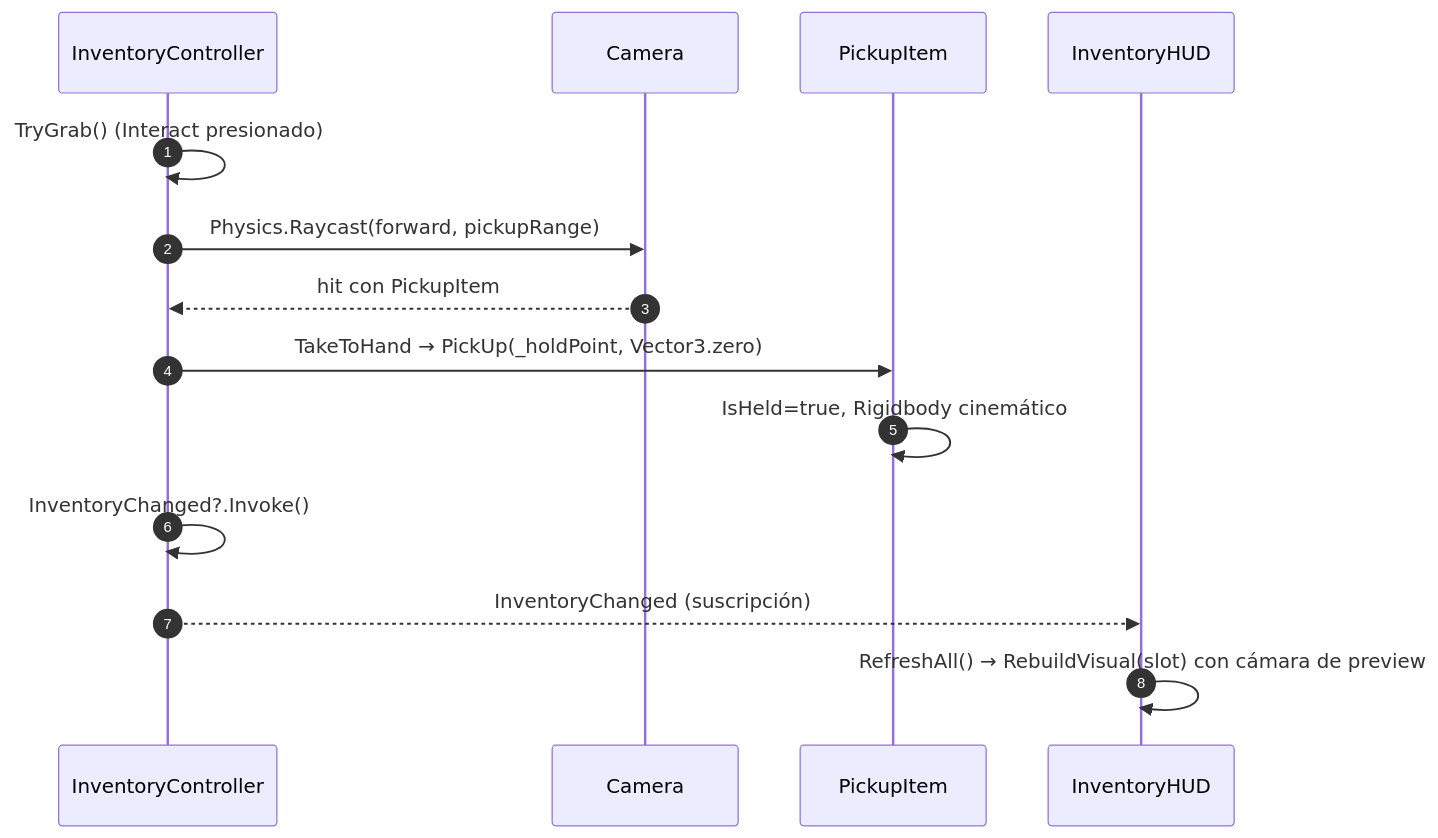
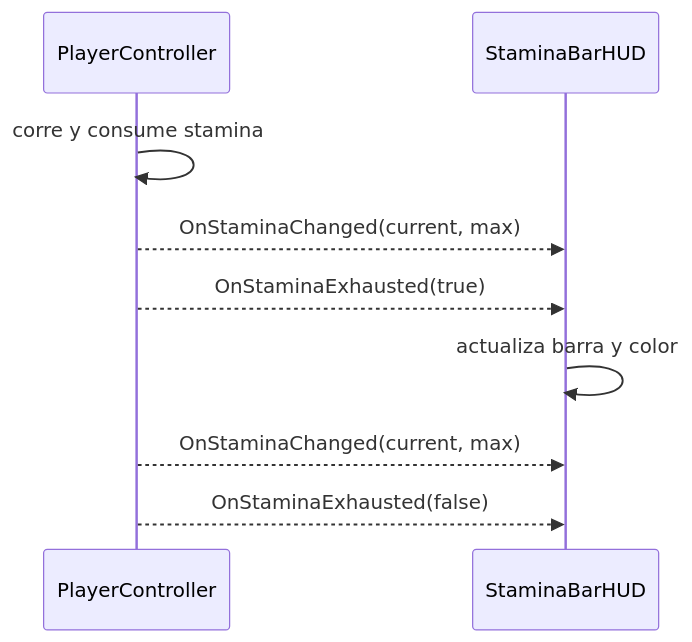
The fifth of 5 diagrams in Docs/UML_PrisaControlada.md (zarigueyastrimer-art/PrisaControlada), drawn with Mermaid before and after one commit. The commit also changed other lines of this file and 240 other files, not shown here.

````diff
--- a/Docs/UML_PrisaControlada.md
+++ b/Docs/UML_PrisaControlada.md
@@ -953,17 +426,12 @@
 ```mermaid
 sequenceDiagram
-    autonumber
-    participant I as InventoryController
-    participant CAM as Camera
-    participant PI as PickupItem
-    participant HUD as InventoryHUD
+    participant C as PlayerController
+    participant H as StaminaBarHUD
 
-    I->>I: TryGrab() (Interact presionado)
-    I->>CAM: Physics.Raycast(forward, pickupRange)
-    CAM-->>I: hit con PickupItem
-    I->>PI: TakeToHand → PickUp(_holdPoint, Vector3.zero)
-    PI->>PI: IsHeld=true, Rigidbody cinemático
-    I->>I: InventoryChanged?.Invoke()
-    I-->>HUD: InventoryChanged (suscripción)
-    HUD->>HUD: RefreshAll() → RebuildVisual(slot) con cámara de preview
+    C->>C: corre y consume stamina
+    C-->>H: OnStaminaChanged(current, max)
+    C-->>H: OnStaminaExhausted(true)
+    H->>H: actualiza barra y color
+    C-->>H: OnStaminaChanged(current, max)
+    C-->>H: OnStaminaExhausted(false)
 ```
````
